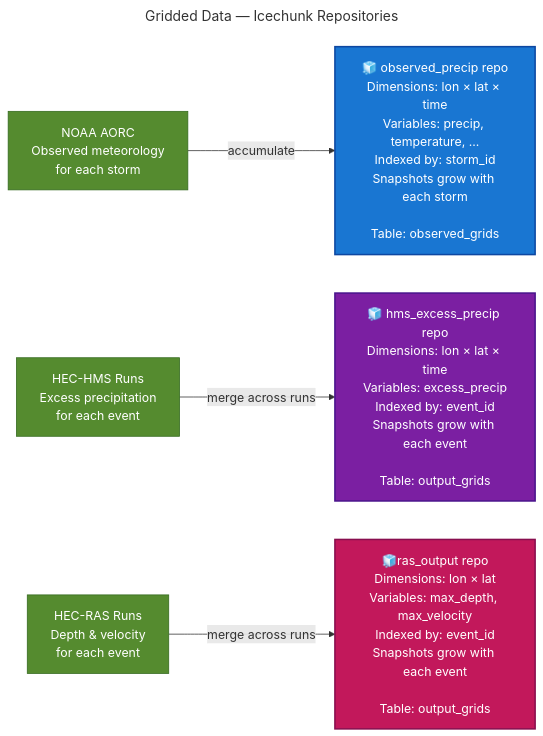
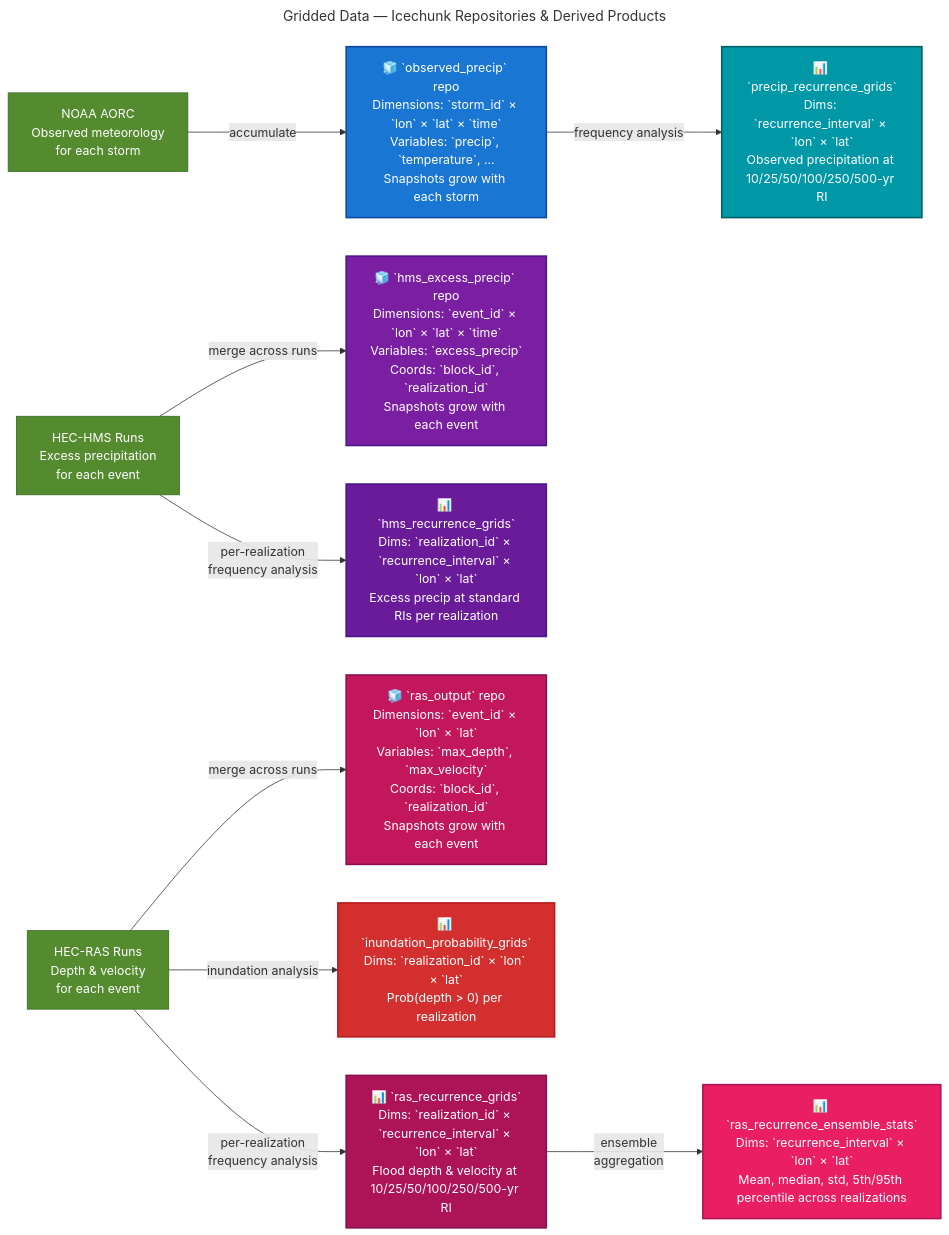
One commit to fema-ffrd/ffrd-data-model changed the diagram in rdb/grids.mmd. Above: the diagram before and after it, drawn with Mermaid. The commit also changed 3 other files, not shown here.

Commit message:
move grids details; derived grids; update grids diagram

```diff
--- a/rdb/grids.mmd
+++ b/rdb/grids.mmd
@@ -1,18 +1,29 @@
 ---
-title: Gridded Data — Icechunk Repositories
+title: Gridded Data — Icechunk Repositories & Derived Products
 ---
 flowchart LR
     AORC["NOAA AORC<br/>Observed meteorology<br/>for each storm"]
     HMS["HEC-HMS Runs<br/>Excess precipitation<br/>for each event"]
     RAS["HEC-RAS Runs<br/>Depth &amp; velocity<br/>for each event"]
 
-    AORC -->|accumulate| OBS["🧊 observed_precip repo<br/>Dimensions: lon × lat × time<br/>Variables: precip, temperature, ...<br/>Indexed by: storm_id<br/>Snapshots grow with each storm<br/><br/>Table: observed_grids"]
-    HMS -->|merge across runs| HMSREPO["🧊 hms_excess_precip repo<br/>Dimensions: lon × lat × time<br/>Variables: excess_precip<br/>Indexed by: event_id<br/>Snapshots grow with each event<br/><br/>Table: output_grids"]
-    RAS -->|merge across runs| RASREPO["🧊ras_output repo<br/>Dimensions: lon × lat<br/>Variables: max_depth, max_velocity<br/>Indexed by: event_id<br/>Snapshots grow with each event<br/><br/>Table: output_grids"]
+    AORC -->|accumulate| OBS["🧊 `observed_precip` repo<br/>Dimensions: `storm_id` × `lon` × `lat` × `time`<br/>Variables: `precip`, `temperature`, ...<br/>Snapshots grow with each storm"]
+    HMS -->|merge across runs| HMSREPO["🧊 `hms_excess_precip` repo<br/>Dimensions: `event_id` × `lon` × `lat` × `time`<br/>Variables: `excess_precip`<br/>Coords: `block_id`, `realization_id`<br/>Snapshots grow with each event"]
+    RAS -->|merge across runs| RASREPO["🧊 `ras_output` repo<br/>Dimensions: `event_id` × `lon` × `lat`<br/>Variables: `max_depth`, `max_velocity`<br/>Coords: `block_id`, `realization_id`<br/>Snapshots grow with each event"]
+
+    OBS -->|frequency analysis| PRECIP_RI["📊 `precip_recurrence_grids`<br/>Dims: `recurrence_interval` × `lon` × `lat`<br/>Observed precipitation at 10/25/50/100/250/500-yr RI"]
+    HMS -->|per-realization<br/>frequency analysis| HMS_RI["📊 `hms_recurrence_grids`<br/>Dims: `realization_id` × `recurrence_interval` × `lon` × `lat`<br/>Excess precip at standard RIs per realization"]
+    RAS -->|inundation analysis| INUND["📊 `inundation_probability_grids`<br/>Dims: `realization_id` × `lon` × `lat`<br/>Prob(depth &gt; 0) per realization"]
+    RAS -->|per-realization<br/>frequency analysis| RAS_RI["📊 `ras_recurrence_grids`<br/>Dims: `realization_id` × `recurrence_interval` × `lon` × `lat`<br/>Flood depth &amp; velocity at 10/25/50/100/250/500-yr RI"]
+    RAS_RI -->|ensemble<br/>aggregation| RAS_STATS["📊 `ras_recurrence_ensemble_stats`<br/>Dims: `recurrence_interval` × `lon` × `lat`<br/>Mean, median, std, 5th/95th percentile across realizations"]
 
     style OBS fill:#1976d2,stroke:#0d47a1,stroke-width:2px,color:#fff
     style HMSREPO fill:#7b1fa2,stroke:#4a148c,stroke-width:2px,color:#fff
     style RASREPO fill:#c2185b,stroke:#880e4f,stroke-width:2px,color:#fff
+    style PRECIP_RI fill:#0097a7,stroke:#006064,stroke-width:2px,color:#fff
+    style HMS_RI fill:#6a1b9a,stroke:#4a148c,stroke-width:2px,color:#fff
+    style INUND fill:#d32f2f,stroke:#b71c1c,stroke-width:2px,color:#fff
+    style RAS_RI fill:#ad1457,stroke:#880e4f,stroke-width:2px,color:#fff
+    style RAS_STATS fill:#e91e63,stroke:#ad1457,stroke-width:2px,color:#fff
     style AORC fill:#558b2f,stroke:#33691e,stroke-width:1px,color:#fff
     style HMS fill:#558b2f,stroke:#33691e,stroke-width:1px,color:#fff
     style RAS fill:#558b2f,stroke:#33691e,stroke-width:1px,color:#fff
```
